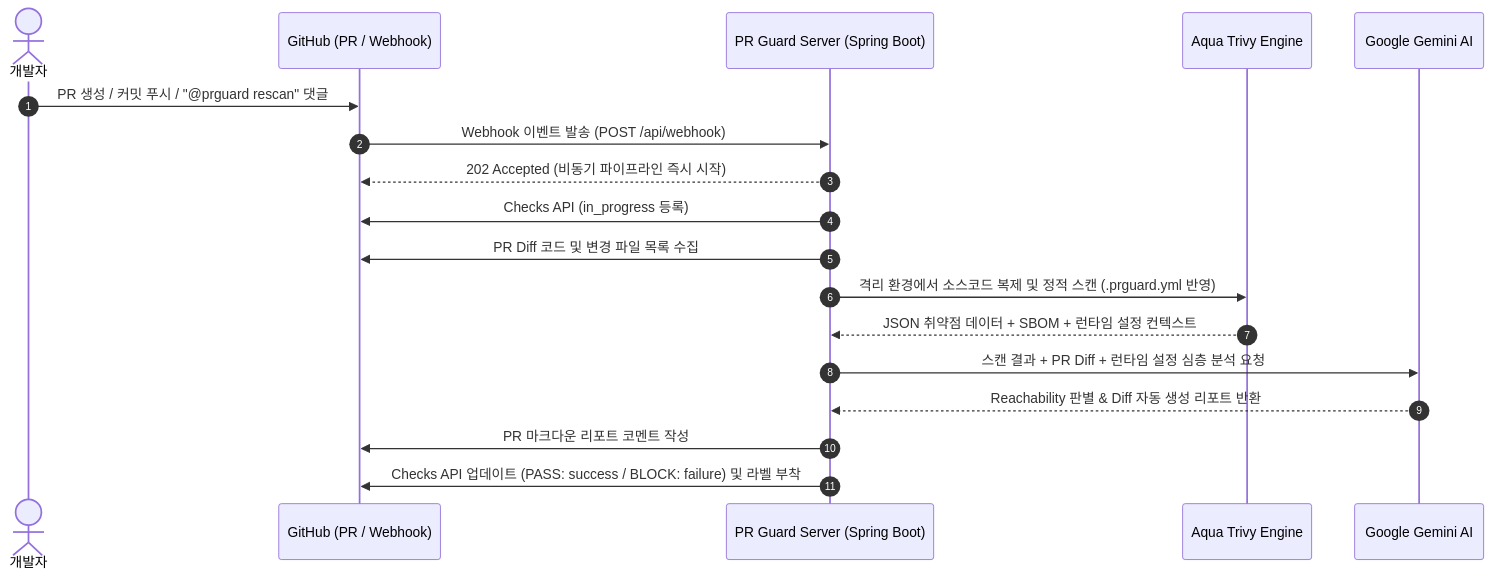
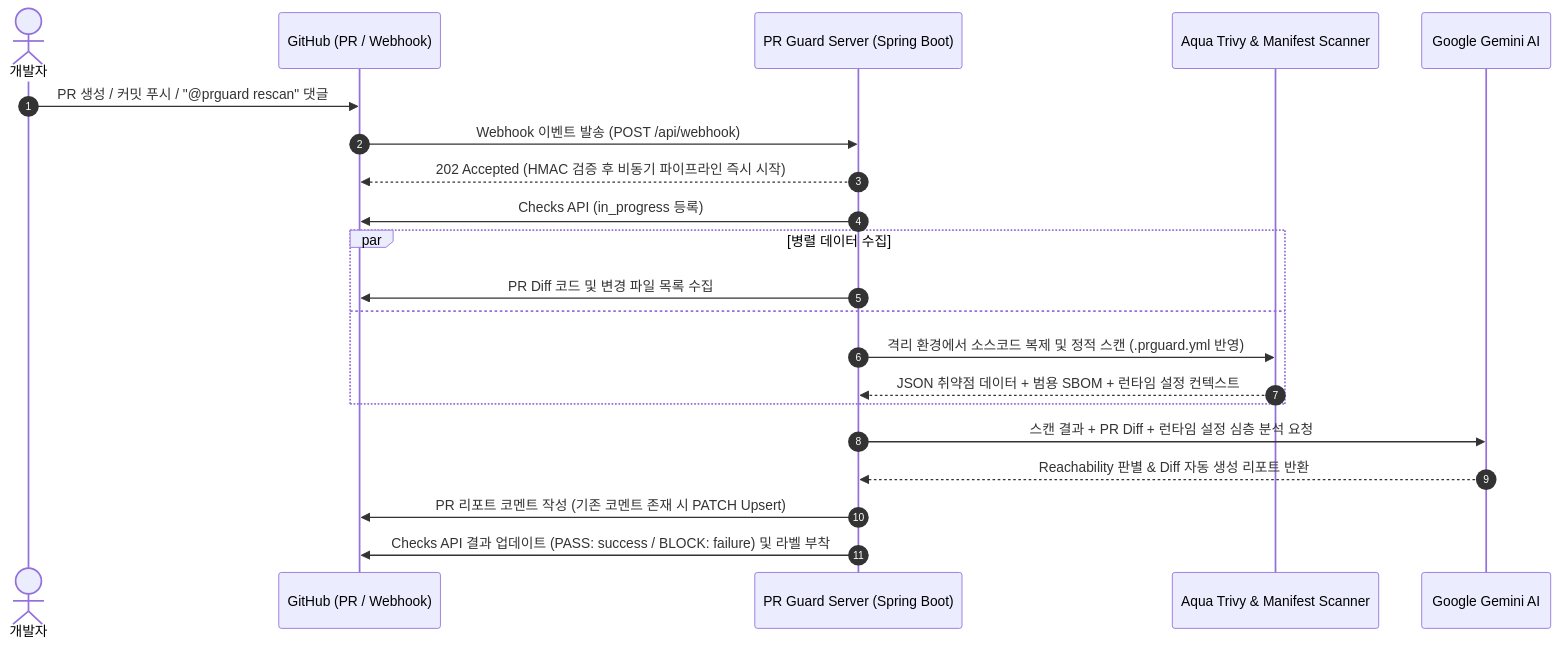
One commit to pr-guard/pr-guard-server changed the diagram in README.md. Above: the diagram before and after it, drawn with Mermaid. The commit also changed other lines of this file, not shown here.

Commit message:
docs: update README with universal SBOM, comment upsert, HMAC security, and permissions guide

````diff
--- a/README.md
+++ b/README.md
@@ -189,24 +237,27 @@
 ```mermaid
 sequenceDiagram
     autonumber
     actor Dev as 개발자
     participant GH as GitHub (PR / Webhook)
     participant Server as PR Guard Server (Spring Boot)
-    participant Trivy as Aqua Trivy Engine
+    participant Trivy as Aqua Trivy & Manifest Scanner
     participant Gemini as Google Gemini AI
 
     Dev->>GH: PR 생성 / 커밋 푸시 / "@prguard rescan" 댓글
     GH->>Server: Webhook 이벤트 발송 (POST /api/webhook)
-    Server-->>GH: 202 Accepted (비동기 파이프라인 즉시 시작)
+    Server-->>GH: 202 Accepted (HMAC 검증 후 비동기 파이프라인 즉시 시작)
 
     Server->>GH: Checks API (in_progress 등록)
-    Server->>GH: PR Diff 코드 및 변경 파일 목록 수집
-    Server->>Trivy: 격리 환경에서 소스코드 복제 및 정적 스캔 (.prguard.yml 반영)
-    Trivy-->>Server: JSON 취약점 데이터 + SBOM + 런타임 설정 컨텍스트
+    par 병렬 데이터 수집
+        Server->>GH: PR Diff 코드 및 변경 파일 목록 수집
+    and
+        Server->>Trivy: 격리 환경에서 소스코드 복제 및 정적 스캔 (.prguard.yml 반영)
+        Trivy-->>Server: JSON 취약점 데이터 + 범용 SBOM + 런타임 설정 컨텍스트
+    end
 
     Server->>Gemini: 스캔 결과 + PR Diff + 런타임 설정 심층 분석 요청
     Gemini-->>Server: Reachability 판별 & Diff 자동 생성 리포트 반환
 
-    Server->>GH: PR 마크다운 리포트 코멘트 작성
-    Server->>GH: Checks API 업데이트 (PASS: success / BLOCK: failure) 및 라벨 부착
+    Server->>GH: PR 리포트 코멘트 작성 (기존 코멘트 존재 시 PATCH Upsert)
+    Server->>GH: Checks API 결과 업데이트 (PASS: success / BLOCK: failure) 및 라벨 부착
 ```
````
